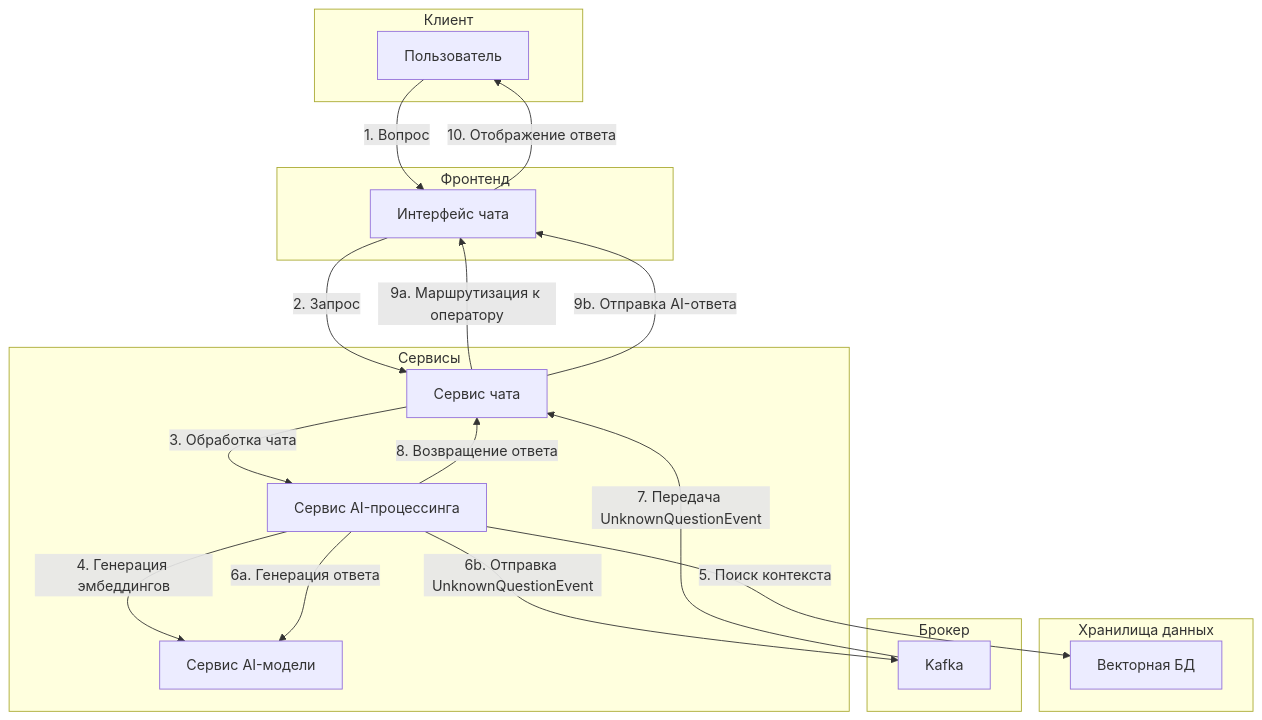
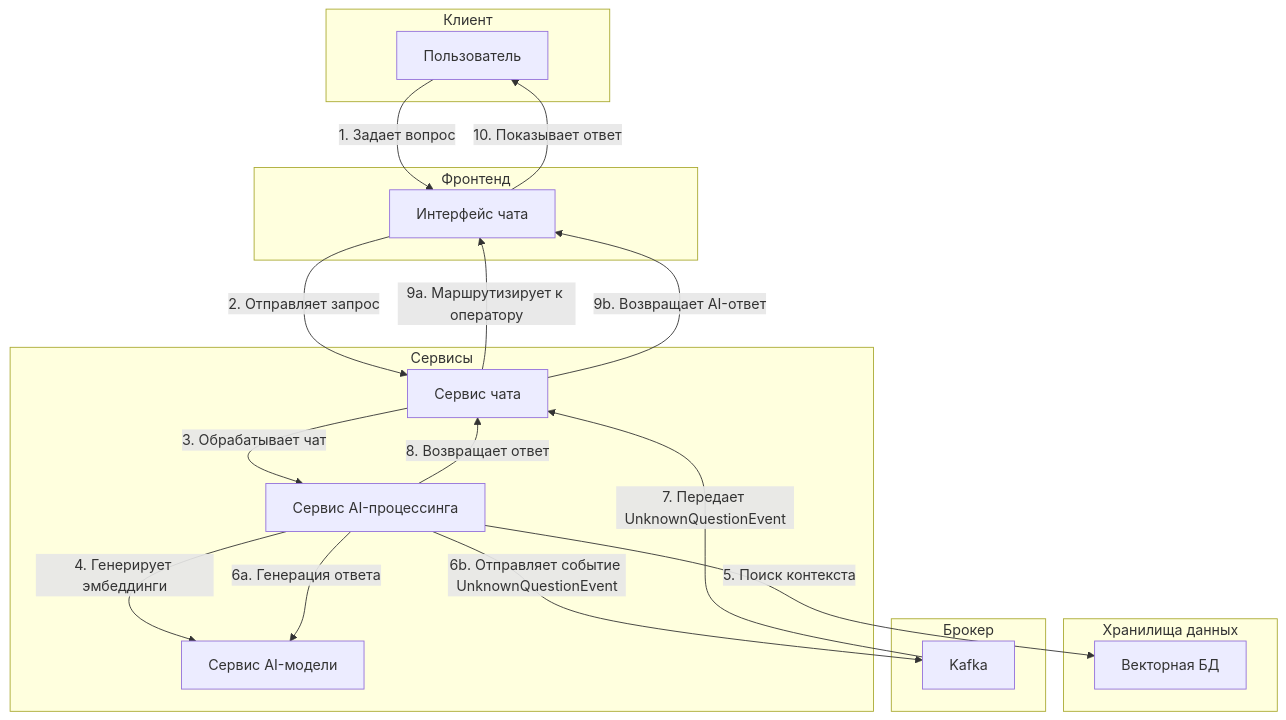
Before and after one commit to Silverman143/trood-test: the diagram in README.md, drawn with Mermaid.

````diff
--- a/README.md
+++ b/README.md
@@ -49,33 +49,33 @@
 ```mermaid
 flowchart TB
     subgraph Клиент
         Client["Пользователь"]
     end
     subgraph Фронтенд
         ChatInterface["Интерфейс чата"]
     end
     subgraph Сервисы
         ChatService["Сервис чата"]
         AIProcessor["Сервис AI-процессинга"]
         AIModel["Сервис AI-модели"]
     end
     subgraph "Хранилища данных"
         VectorDB["Векторная БД"]
     end
     subgraph Брокер
         KafkaQ["Kafka"]
     end
 
-    Client -->|1. Вопрос| ChatInterface
-    ChatInterface -->|2. Запрос| ChatService
-    ChatService -->|3. Обработка чата| AIProcessor
-    AIProcessor -->|4. Генерация эмбеддингов| AIModel
-    AIProcessor -->|5. Поиск контекста| VectorDB
+    Client -- "1. Задает вопрос" --> ChatInterface
+    ChatInterface -- "2. Отправляет запрос" --> ChatService
+    ChatService -- "3. Обрабатывает чат" --> AIProcessor
+    AIProcessor -- "4. Генерирует эмбеддинги" --> AIModel
+    AIProcessor -- "5. Поиск контекста" --> VectorDB
+    AIProcessor -- "6b. Отправляет событие UnknownQuestionEvent" --> KafkaQ
     AIProcessor -- "6a. Генерация ответа" --> AIModel
-    AIProcessor -- "6b. Отправка UnknownQuestionEvent" --> KafkaQ
-    KafkaQ -->|7. Передача UnknownQuestionEvent| ChatService
-    AIProcessor -->|8. Возвращение ответа| ChatService
-    ChatService -- "9a. Маршрутизация к оператору" --> ChatInterface
-    ChatService -- "9b. Отправка AI-ответа" --> ChatInterface
-    ChatInterface -->|10. Отображение ответа| Client
+    KafkaQ -- "7. Передает UnknownQuestionEvent" --> ChatService
+    AIProcessor -- "8. Возвращает ответ" --> ChatService
+    ChatService -- "9a. Маршрутизирует к оператору" --> ChatInterface
+    ChatService -- "9b. Возвращает AI-ответ" --> ChatInterface
+    ChatInterface -- "10. Показывает ответ" --> Client
 ```
````
